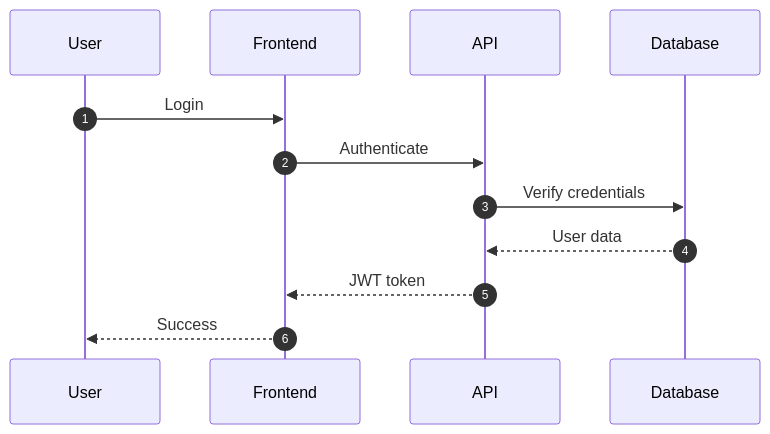
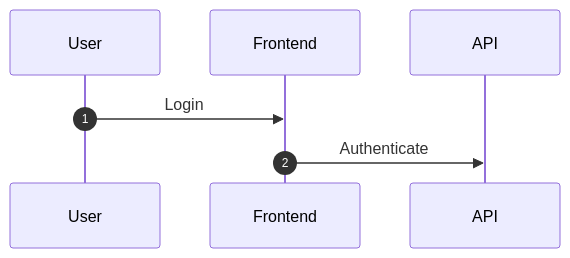
Before and after one commit to el-feo/ai-context: the ninth of 10 diagrams in plugins/general/skills/mermaid-diagrams/references/sequence-diagrams.md, drawn with Mermaid. The commit also changed other lines of this file and 8 other files, not shown here.

First line of the commit message:
refactor(general): reduce mermaid-diagrams SKILL.md and trim oversized references (#207)

````diff
--- a/plugins/general/skills/mermaid-diagrams/references/sequence-diagrams.md
+++ b/plugins/general/skills/mermaid-diagrams/references/sequence-diagrams.md
@@ -194,11 +102,6 @@
 ```mermaid
 sequenceDiagram
     autonumber
-    
     User->>Frontend: Login
     Frontend->>API: Authenticate
-    API->>Database: Verify credentials
-    Database-->>API: User data
-    API-->>Frontend: JWT token
-    Frontend-->>User: Success
 ```
````
